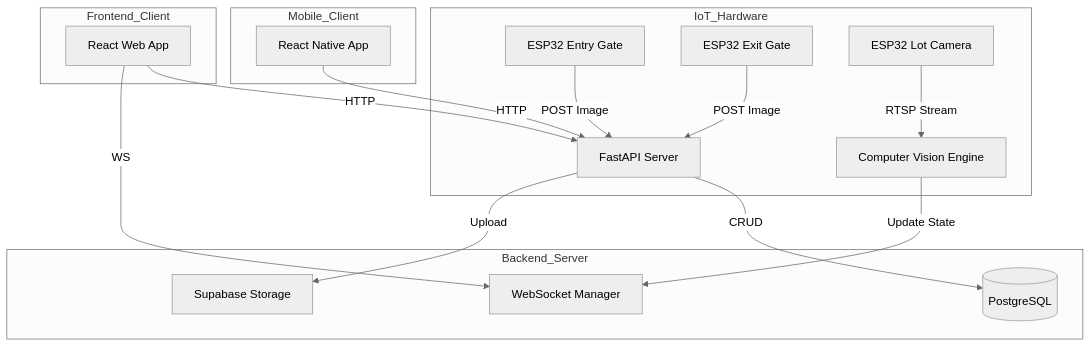
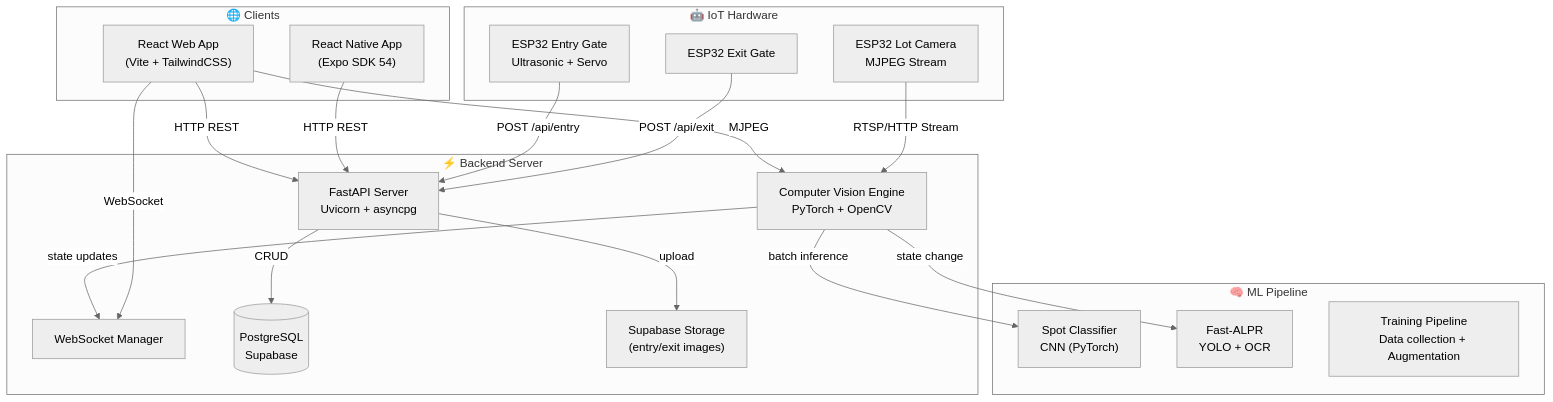
One commit to AlexPT2k22/AI_SE2 changed the diagram in README.md. Above: the diagram before and after it, drawn with Mermaid (neutral theme). The commit also changed other lines of this file and 13 other files, not shown here.

````diff
--- a/README.md
+++ b/README.md
@@ -63,29 +116,41 @@
 ```mermaid
-graph TD
-    subgraph IoT_Hardware
-        ESP32_In[ESP32 Entry Gate] -->|POST Image| API
-        ESP32_Out[ESP32 Exit Gate] -->|POST Image| API
-        Camera[ESP32 Lot Camera] -->|RTSP Stream| CV_Engine
+graph TB
+    subgraph "🌐 Clients"
+        Web["React Web App<br/>(Vite + TailwindCSS)"]
+        Mobile["React Native App<br/>(Expo SDK 54)"]
     end
 
-    subgraph Backend_Server
-        API[FastAPI Server]
-        CV_Engine[Computer Vision Engine]
-        WS[WebSocket Manager]
-
-        CV_Engine -->|Update State| WS
-        API -->|CRUD| DB[(PostgreSQL)]
-        API -->|Upload| Storage[Supabase Storage]
+    subgraph "⚡ Backend Server"
+        API["FastAPI Server<br/>Uvicorn + asyncpg"]
+        CV["Computer Vision Engine<br/>PyTorch + OpenCV"]
+        WS["WebSocket Manager"]
+        
+        CV -->|state updates| WS
+        API -->|CRUD| DB[("PostgreSQL<br/>Supabase")]
+        API -->|upload| Storage["Supabase Storage<br/>(entry/exit images)"]
     end
 
-    subgraph Frontend_Client
-        Web[React Web App]
-        Web -->|HTTP| API
-        Web -->|WS| WS
+    subgraph "🤖 IoT Hardware"
+        ESP32_In["ESP32 Entry Gate<br/>Ultrasonic + Servo"]
+        ESP32_Out["ESP32 Exit Gate"]
+        Camera["ESP32 Lot Camera<br/>MJPEG Stream"]
     end
 
-    subgraph Mobile_Client
-        Mobile[React Native App]
-        Mobile -->|HTTP| API
+    subgraph "🧠 ML Pipeline"
+        Inference["Spot Classifier<br/>CNN (PyTorch)"]
+        ALPR["Fast-ALPR<br/>YOLO + OCR"]
+        Training["Training Pipeline<br/>Data collection + Augmentation"]
     end
+
+    Web -->|HTTP REST| API
+    Web -->|WebSocket| WS
+    Web -->|MJPEG| CV
+    Mobile -->|HTTP REST| API
+
+    ESP32_In -->|POST /api/entry| API
+    ESP32_Out -->|POST /api/exit| API
+    Camera -->|RTSP/HTTP Stream| CV
+
+    CV -->|batch inference| Inference
+    CV -->|state change| ALPR
 ```
````
